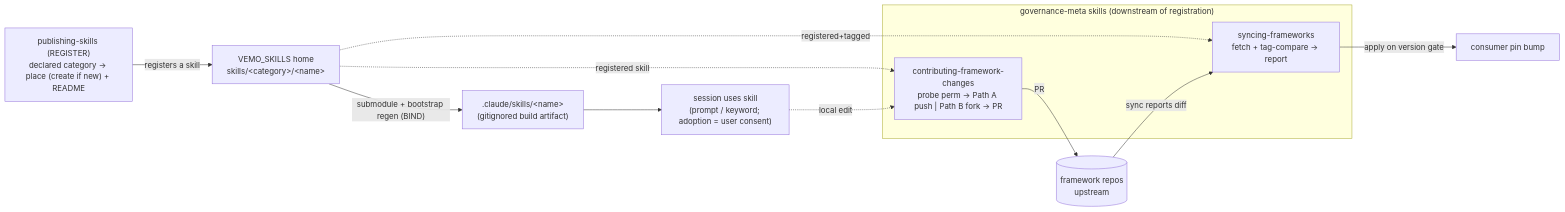
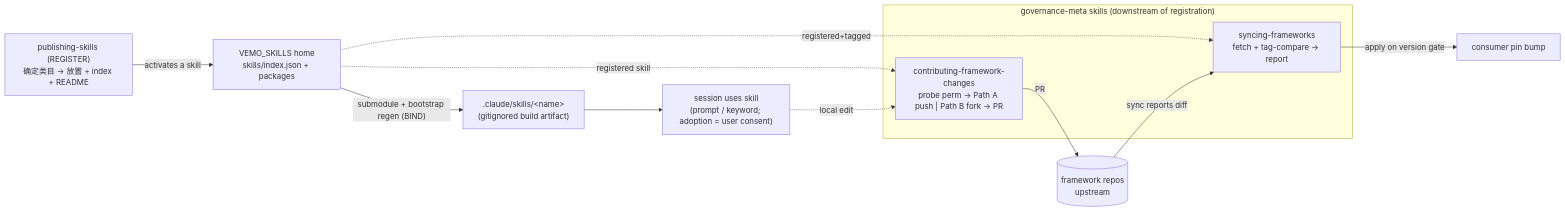
Before and after one commit to vemodalen-x/VEMO_SKILLS: the diagram in README_zh.md, drawn with Mermaid. The commit also changed other lines of this file and 82 other files, not shown here.

````diff
--- a/README_zh.md
+++ b/README_zh.md
@@ -144,16 +151,16 @@
 ```mermaid
 flowchart LR
-  PUB["publishing-skills (REGISTER)<br/>declared category → place (create if new) + README"] -->|registers a skill| WS["VEMO_SKILLS home<br/>skills/&lt;category&gt;/&lt;name&gt;"]
+  PUB["publishing-skills (REGISTER)<br/>确定类目 → 放置 + index + README"] -->|activates a skill| WS["VEMO_SKILLS home<br/>skills/index.json + packages"]
   WS -->|"submodule + bootstrap regen (BIND)"| CL[".claude/skills/&lt;name&gt;<br/>(gitignored build artifact)"]
   CL --> USE["session uses skill<br/>(prompt / keyword; adoption = user consent)"]
   subgraph meta["governance-meta skills (downstream of registration)"]
     SYNC["syncing-frameworks<br/>fetch + tag-compare → report"]
     CONTRIB["contributing-framework-changes<br/>probe perm → Path A push | Path B fork → PR"]
   end
   WS -.registered+tagged.-> SYNC
   WS -.registered skill.-> CONTRIB
   UP[("framework repos<br/>upstream")] -->|sync reports diff| SYNC
   SYNC -->|apply on version gate| PIN["consumer pin bump"]
   USE -.local edit.-> CONTRIB
   CONTRIB -->|PR| UP
 ```
````
